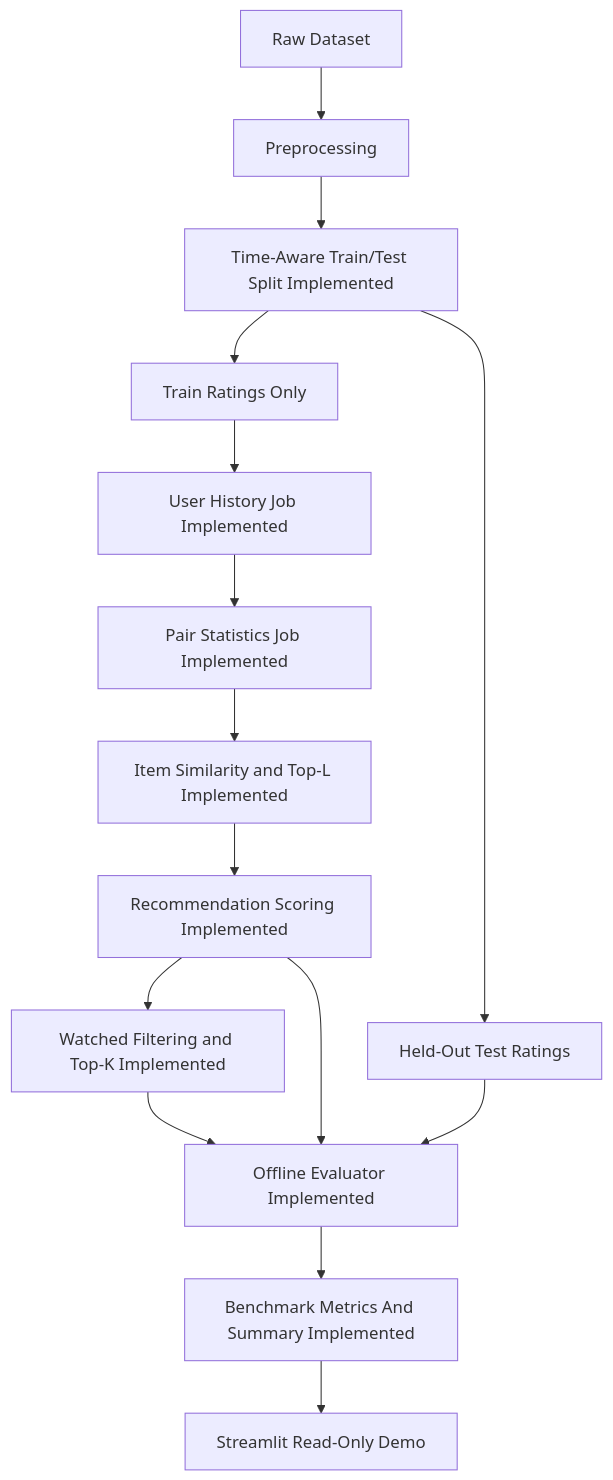
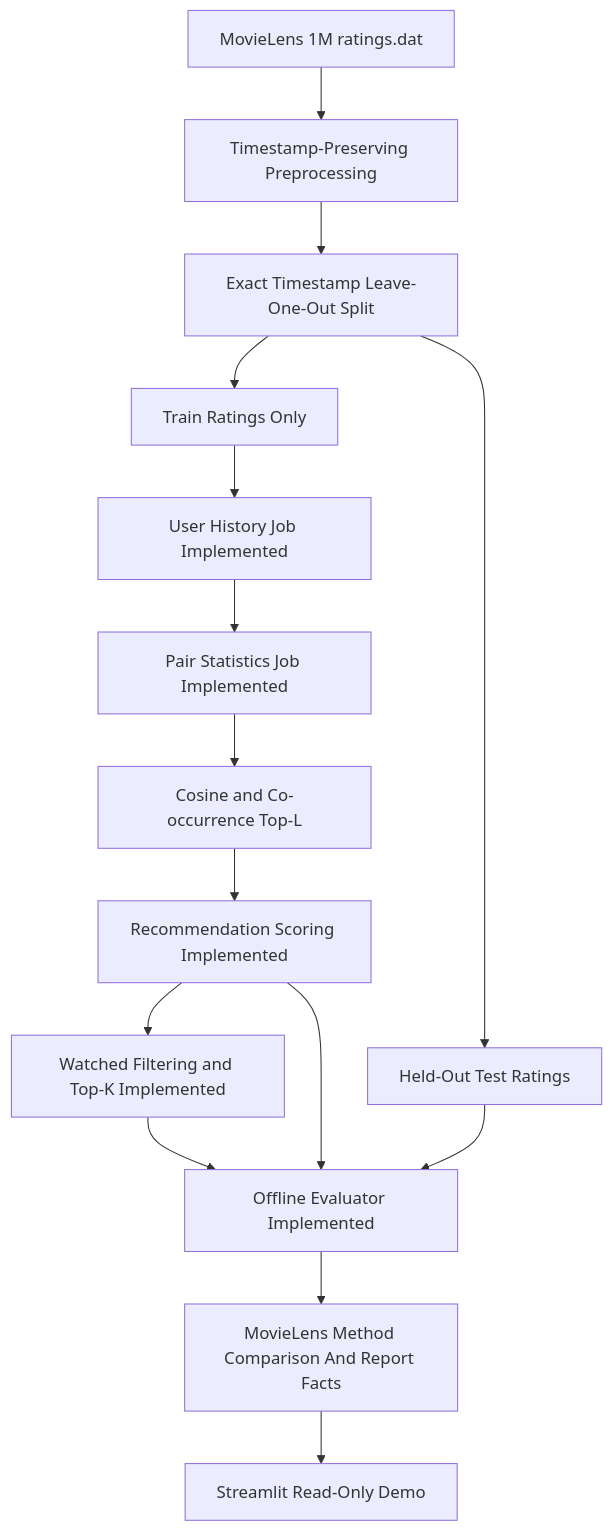
The diagram in docs/architecture.md (hieulenho/movie-recommender-hadoop), drawn with Mermaid before and after one commit. The commit also changed other lines of this file and 45 other files, not shown here.

Commit message:
feat: finalize MovieLens 1M primary experiment and release preparation

````diff
--- a/docs/architecture.md
+++ b/docs/architecture.md
@@ -19,17 +21,17 @@
 ```mermaid
 flowchart TD
-    A[Raw Dataset] --> B[Preprocessing]
-    B --> C[Time-Aware Train/Test Split Implemented]
+    A[MovieLens 1M ratings.dat] --> B[Timestamp-Preserving Preprocessing]
+    B --> C[Exact Timestamp Leave-One-Out Split]
     C --> D[Train Ratings Only]
     C --> T[Held-Out Test Ratings]
     D --> E[User History Job Implemented]
     E --> F[Pair Statistics Job Implemented]
-    F --> G[Item Similarity and Top-L Implemented]
+    F --> G[Cosine and Co-occurrence Top-L]
     G --> H[Recommendation Scoring Implemented]
     H --> I[Watched Filtering and Top-K Implemented]
     I --> J[Offline Evaluator Implemented]
     H --> J
     T --> J
-    J --> K[Benchmark Metrics And Summary Implemented]
+    J --> K[MovieLens Method Comparison And Report Facts]
     K --> L[Streamlit Read-Only Demo]
 ```
````
